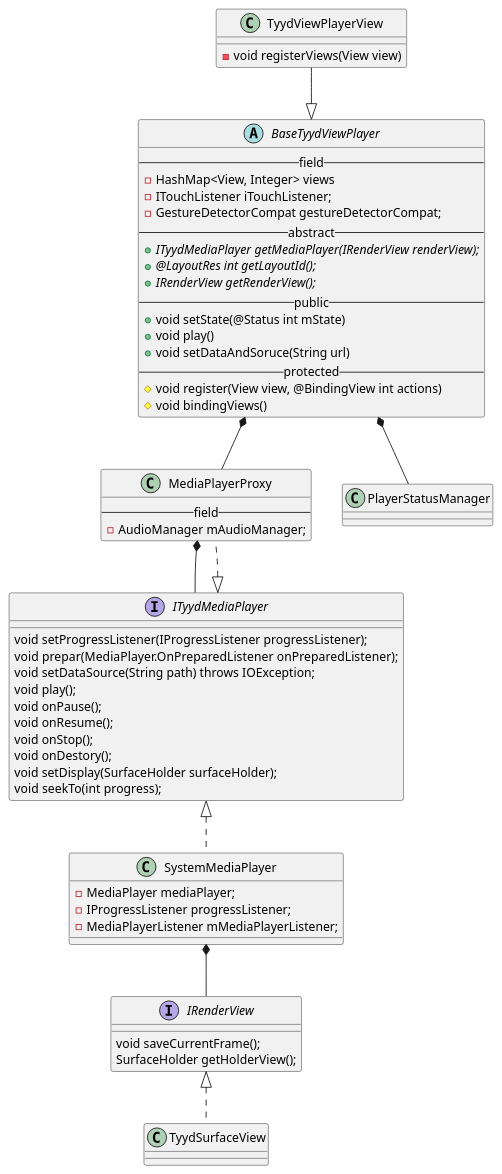
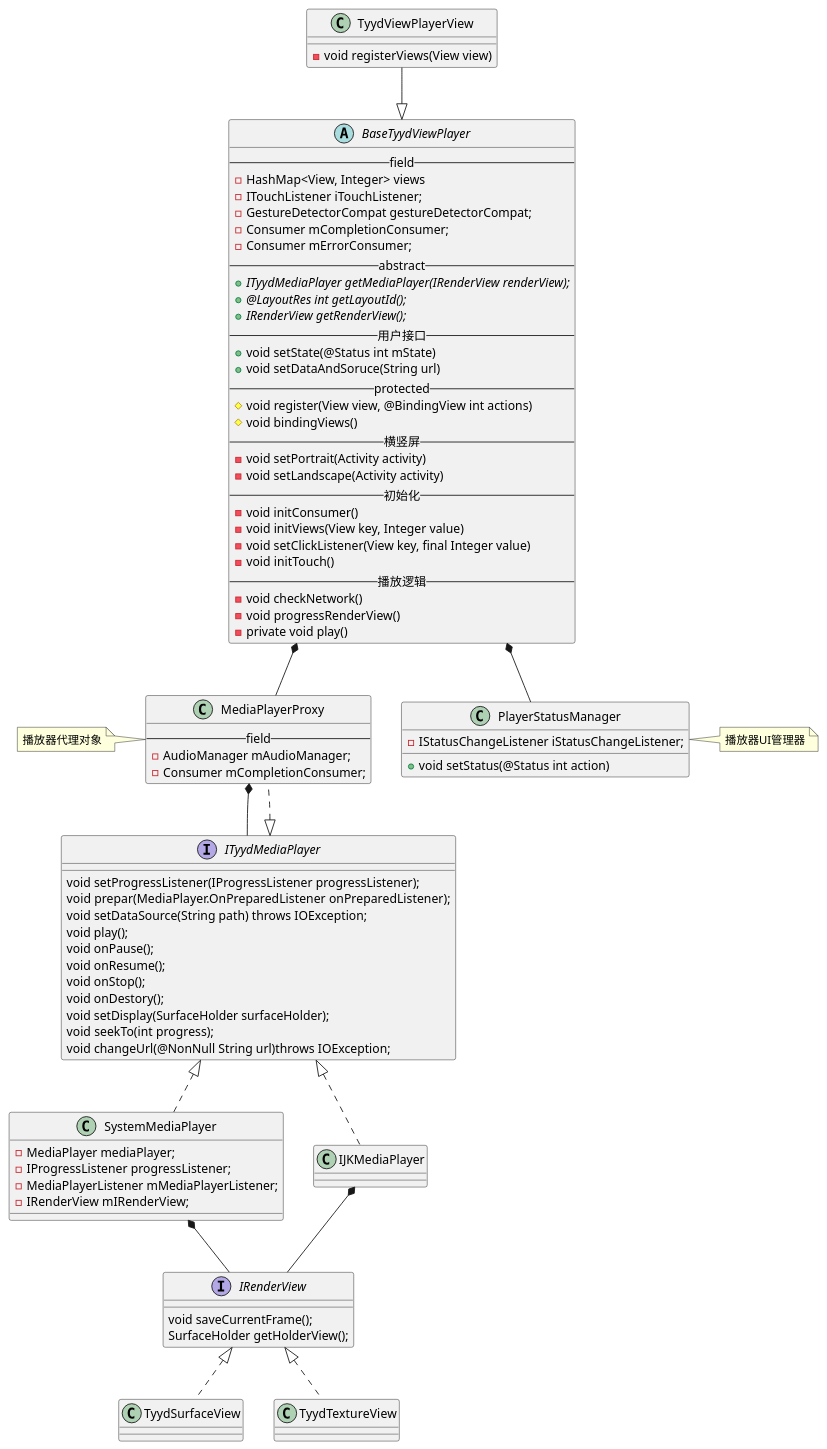
One commit to yufns/uml changed the diagram in uml/video/class/tyydmediaplayer.puml. Above: the diagram before and after it, drawn with PlantUML.

Commit message:
no message

```diff
--- a/uml/video/class/tyydmediaplayer.puml
+++ b/uml/video/class/tyydmediaplayer.puml
@@ -1,71 +1,103 @@
 @startuml
 
 class TyydViewPlayerView {
   - void registerViews(View view)
 }
 
 abstract BaseTyydViewPlayer{
   -- field --
   - HashMap<View, Integer> views
   - ITouchListener iTouchListener;
   - GestureDetectorCompat gestureDetectorCompat;
+  - Consumer mCompletionConsumer;
+  - Consumer mErrorConsumer;
   -- abstract --
   {abstract} + ITyydMediaPlayer getMediaPlayer(IRenderView renderView);
   {abstract} + @LayoutRes int getLayoutId();
   {abstract} + IRenderView getRenderView();
-  -- public --
+  -- 用户接口 --
   + void setState(@Status int mState)
-  + void play()
   + void setDataAndSoruce(String url)
   -- protected --
   # void register(View view, @BindingView int actions)
   # void bindingViews()
+  -- 横竖屏 --
+  - void setPortrait(Activity activity)
+  - void setLandscape(Activity activity)
+  -- 初始化 --
+  - void initConsumer()
+  - void initViews(View key, Integer value)
+  - void setClickListener(View key, final Integer value)
+  - void initTouch()
+  -- 播放逻辑 --
+  - void checkNetwork()
+  - void progressRenderView()
+  - private void play()
 }
 
 interface ITyydMediaPlayer{
   void setProgressListener(IProgressListener progressListener);
   void prepar(MediaPlayer.OnPreparedListener onPreparedListener);
   void setDataSource(String path) throws IOException;
   void play();
   void onPause();
   void onResume();
   void onStop();
   void onDestory();
   void setDisplay(SurfaceHolder surfaceHolder);
   void seekTo(int progress);
+  void changeUrl(@NonNull String url)throws IOException;
 }
 
 class MediaPlayerProxy{
   -- field --
   - AudioManager mAudioManager;
+  - Consumer mCompletionConsumer;
 }
+note left:播放器代理对象
 
 ITyydMediaPlayer <|.. MediaPlayerProxy
 
 class PlayerStatusManager{
-
+  - IStatusChangeListener iStatusChangeListener;
+  + void setStatus(@Status int action)
 }
+note right:播放器UI管理器
 
 TyydViewPlayerView  --|> BaseTyydViewPlayer
 BaseTyydViewPlayer *-- MediaPlayerProxy
 BaseTyydViewPlayer *-- PlayerStatusManager
 
 
 MediaPlayerProxy *-- ITyydMediaPlayer
 
 interface IRenderView{
   void saveCurrentFrame();
   SurfaceHolder getHolderView();
 }
 
 class SystemMediaPlayer{
   - MediaPlayer mediaPlayer;
   - IProgressListener progressListener;
   - MediaPlayerListener mMediaPlayerListener;
+  - IRenderView mIRenderView;
 }
 SystemMediaPlayer *-- IRenderView
 IRenderView <|.. TyydSurfaceView
 
 ITyydMediaPlayer <|.. SystemMediaPlayer
 
+class IJKMediaPlayer{
+
+}
+
+class TyydTextureView{
+
+}
+
+IJKMediaPlayer *-- IRenderView
+ITyydMediaPlayer <|.. IJKMediaPlayer
+
+IRenderView <|.. TyydTextureView
+
 @enduml
```
